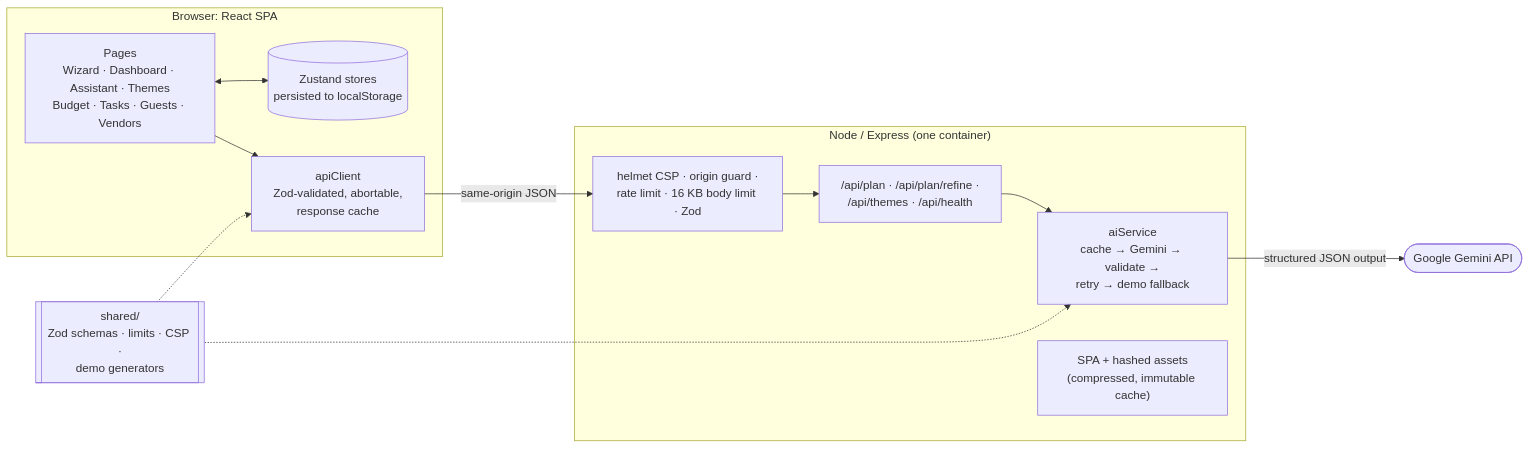
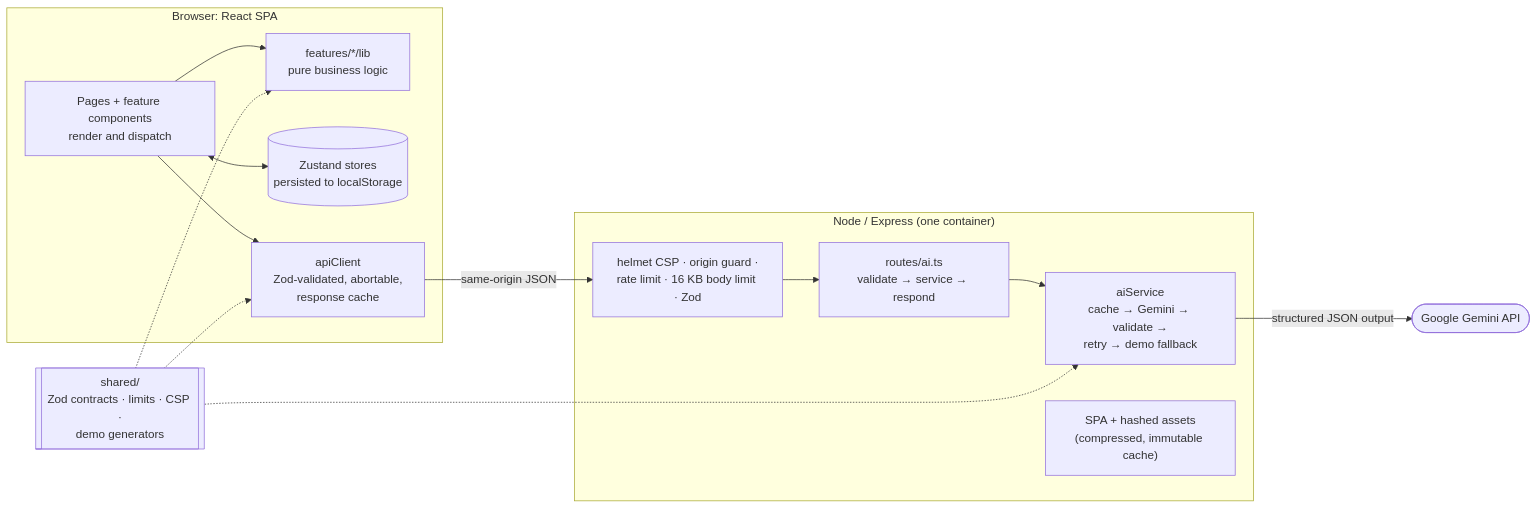
One commit to shaikasadahmed2k23/VirtualPromptWars5_EventPlanner changed the diagram in README.md. Above: the diagram before and after it, drawn with Mermaid. The commit also changed other lines of this file and 7 other files, not shown here.

````diff
--- a/README.md
+++ b/README.md
@@ -46,26 +78,29 @@
 ```mermaid
 flowchart LR
   subgraph Browser["Browser: React SPA"]
-    UI["Pages<br/>Wizard · Dashboard · Assistant · Themes<br/>Budget · Tasks · Guests · Vendors"]
+    UI["Pages + feature components<br/>render and dispatch"]
+    Logic["features/*/lib<br/>pure business logic"]
     Stores[("Zustand stores<br/>persisted to localStorage")]
     Client["apiClient<br/>Zod-validated, abortable,<br/>response cache"]
     UI <--> Stores
+    UI --> Logic
     UI --> Client
   end
 
   subgraph Server["Node / Express (one container)"]
     Sec["helmet CSP · origin guard ·<br/>rate limit · 16 KB body limit · Zod"]
-    Routes["/api/plan · /api/plan/refine ·<br/>/api/themes · /api/health"]
+    Routes["routes/ai.ts<br/>validate → service → respond"]
     AI["aiService<br/>cache → Gemini → validate →<br/>retry → demo fallback"]
     Static["SPA + hashed assets<br/>(compressed, immutable cache)"]
     Sec --> Routes --> AI
   end
 
-  Shared[["shared/<br/>Zod schemas · limits · CSP ·<br/>demo generators"]]
+  Shared[["shared/<br/>Zod contracts · limits · CSP ·<br/>demo generators"]]
   Gemini(["Google Gemini API"])
 
   Client -- "same-origin JSON" --> Sec
   AI -- "structured JSON output" --> Gemini
   Shared -.-> Client
+  Shared -.-> Logic
   Shared -.-> AI
 ```
````
